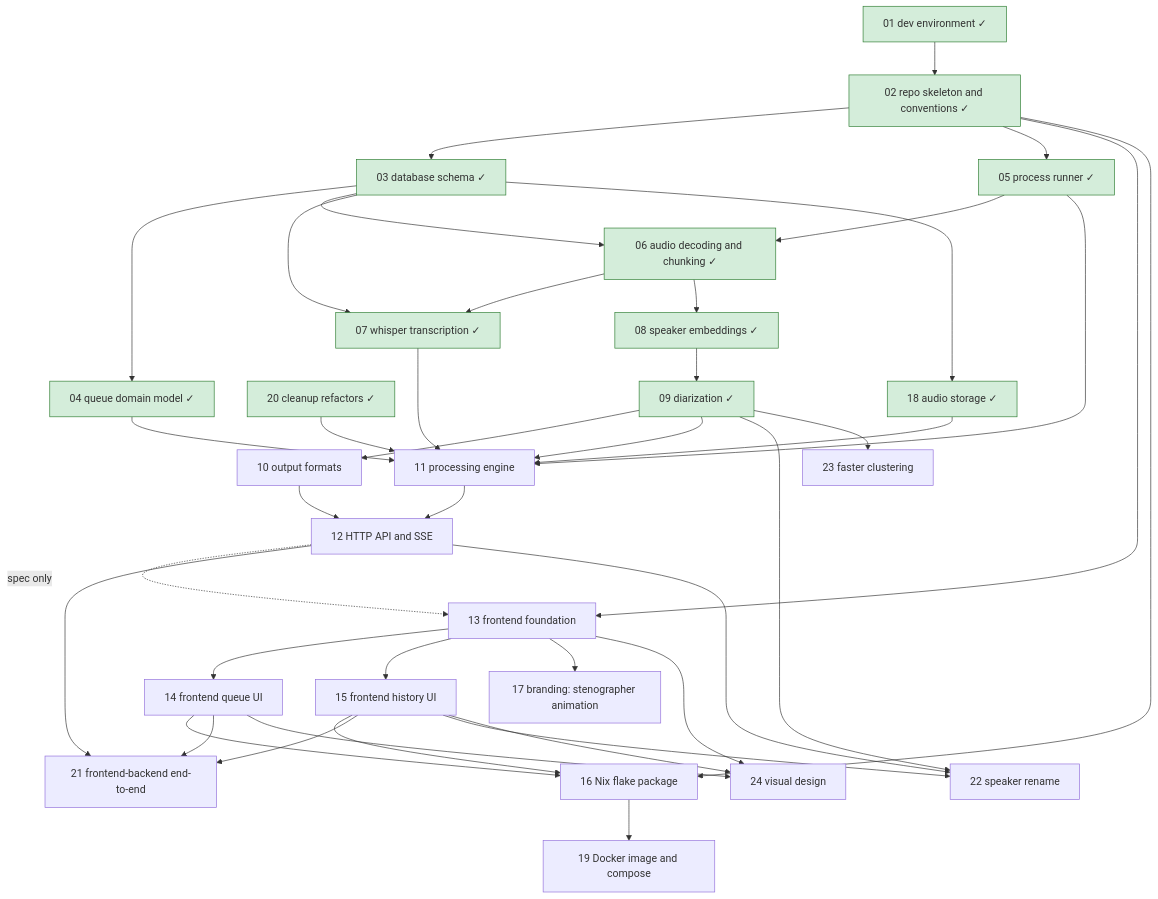
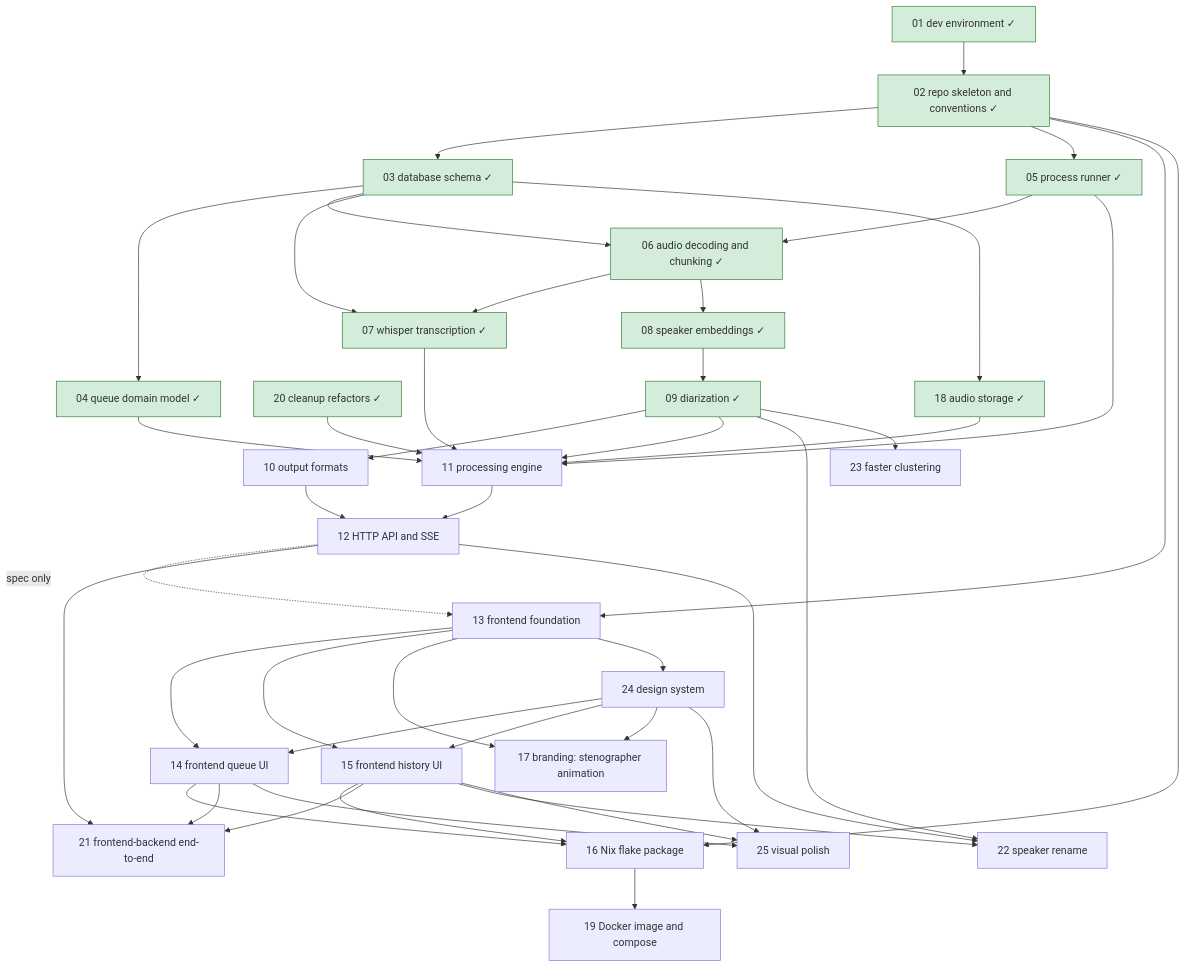
One commit to lulu-berlin/speech-to-text-app changed the diagram in roadmap/README.md. Above: the diagram before and after it, drawn with Mermaid. The commit also changed other lines of this file and 5 other files, not shown here.

Commit message:
Split the visual work into item 24 (design system) and item 25 (polish); wire 14, 15, 17 to the design system

````diff
--- a/roadmap/README.md
+++ b/roadmap/README.md
@@ -17,44 +17,48 @@
 ```mermaid
 graph TD
   01[01 dev environment ✓]:::done --> 02[02 repo skeleton and conventions ✓]:::done
   02 --> 03[03 database schema ✓]:::done
   03 --> 04[04 queue domain model ✓]:::done
   02 --> 05[05 process runner ✓]:::done
   05 --> 06[06 audio decoding and chunking ✓]:::done
   03 --> 06
   06 --> 07[07 whisper transcription ✓]:::done
   03 --> 07
   06 --> 08[08 speaker embeddings ✓]:::done
   08 --> 09[09 diarization ✓]:::done
   09 --> 10[10 output formats]
   04 --> 11[11 processing engine]
   05 --> 11
   07 --> 11
   09 --> 11
   03 --> 18[18 audio storage ✓]:::done
   18 --> 11
   20 --> 11
   11 --> 12[12 HTTP API and SSE]
   10 --> 12
   02 --> 13[13 frontend foundation]
   12 -. spec only .-> 13
   13 --> 14[14 frontend queue UI]
   13 --> 15[15 frontend history UI]
   02 --> 16[16 Nix flake package]
   14 --> 16
   15 --> 16
   13 --> 17[17 branding: stenographer animation]
   16 --> 19[19 Docker image and compose]
   20[20 cleanup refactors ✓]:::done
   12 --> 21[21 frontend-backend end-to-end]
   14 --> 21
   15 --> 21
   09 --> 22[22 speaker rename]
   12 --> 22
   15 --> 22
   09 --> 23[23 faster clustering]
-  13 --> 24[24 visual design]
-  14 --> 24
-  15 --> 24
+  13 --> 24[24 design system]
+  24 --> 14
+  24 --> 15
+  24 --> 17
+  24 --> 25[25 visual polish]
+  14 --> 25
+  15 --> 25
   classDef done fill:#d4edda,stroke:#2e7d32
 ```
````
